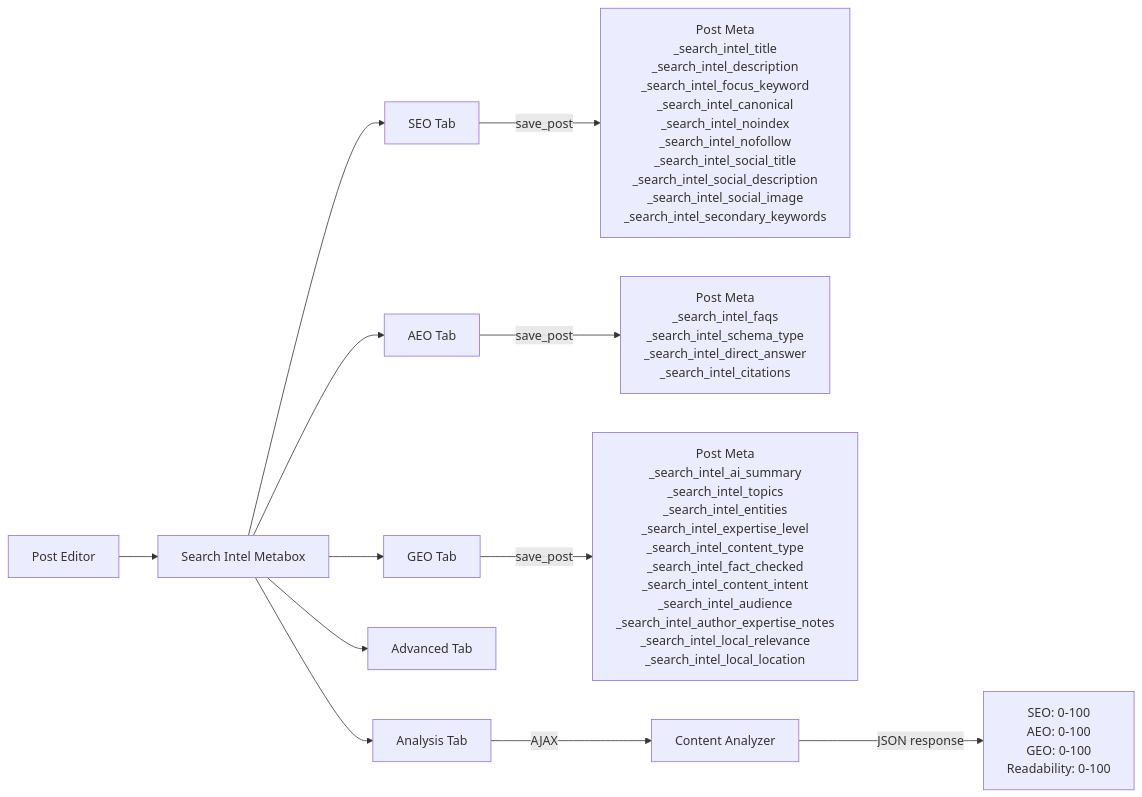
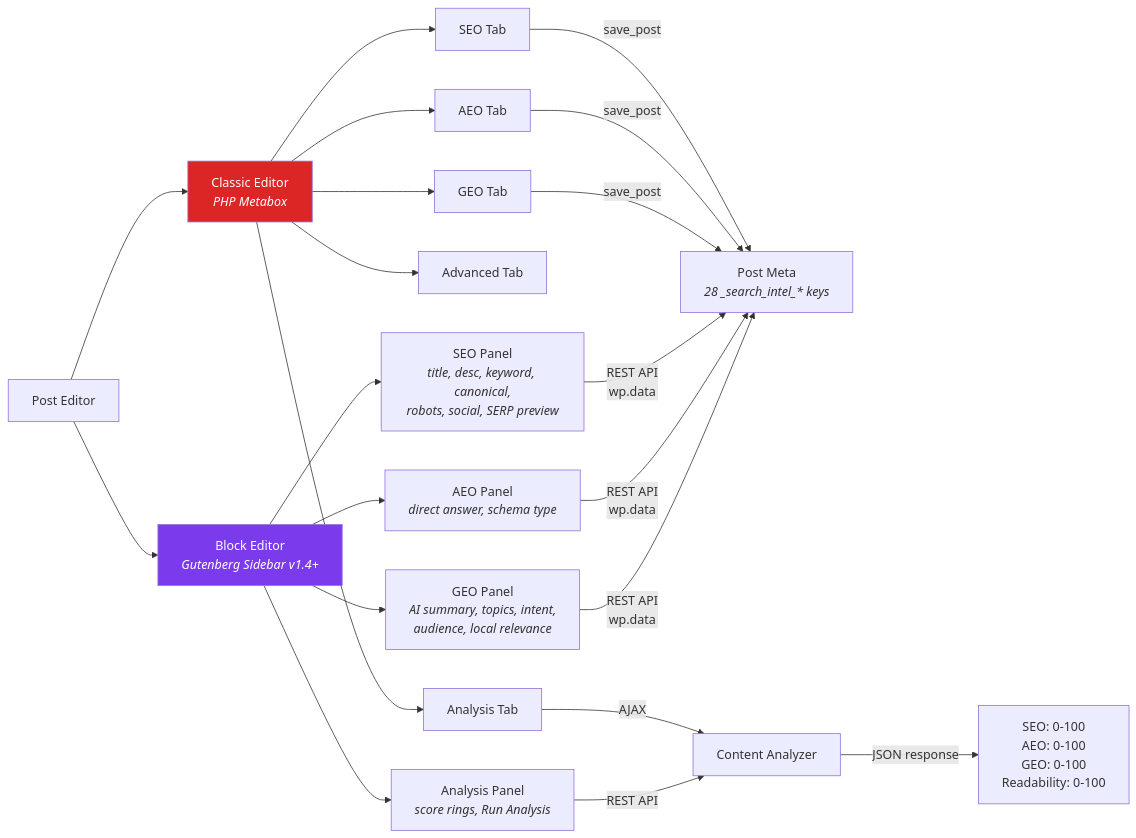
Before and after one commit to CptNope/JAT-Search-Intel: the fifth of 14 diagrams in README.md, drawn with Mermaid. The commit also changed other lines of this file and 2 other files, not shown here.

First line of the commit message:
docs+tests: update Mermaid diagrams for v1.4, add BlocksTest (31 tests)

````diff
--- a/README.md
+++ b/README.md
@@ -321,19 +378,32 @@
 ```mermaid
 flowchart LR
-    EDITOR["Post Editor"] --> METABOX["Search Intel Metabox"]
+    EDITOR["Post Editor"]
+    EDITOR --> CLASSIC["Classic Editor<br/><i>PHP Metabox</i>"]
+    EDITOR --> BLOCK["Block Editor<br/><i>Gutenberg Sidebar v1.4+</i>"]
 
-    METABOX --> TAB_SEO["SEO Tab"]
-    METABOX --> TAB_AEO["AEO Tab"]
-    METABOX --> TAB_GEO["GEO Tab"]
-    METABOX --> TAB_ADV["Advanced Tab"]
-    METABOX --> TAB_ANALYSIS["Analysis Tab"]
+    CLASSIC --> TAB_SEO["SEO Tab"]
+    CLASSIC --> TAB_AEO["AEO Tab"]
+    CLASSIC --> TAB_GEO["GEO Tab"]
+    CLASSIC --> TAB_ADV["Advanced Tab"]
+    CLASSIC --> TAB_ANALYSIS["Analysis Tab"]
 
-    TAB_SEO --> |"save_post"| PM_SEO["Post Meta<br/>_search_intel_title<br/>_search_intel_description<br/>_search_intel_focus_keyword<br/>_search_intel_canonical<br/>_search_intel_noindex<br/>_search_intel_nofollow<br/>_search_intel_social_title<br/>_search_intel_social_description<br/>_search_intel_social_image<br/>_search_intel_secondary_keywords"]
+    BLOCK --> SB_SEO["SEO Panel<br/><i>title, desc, keyword, canonical,<br/>robots, social, SERP preview</i>"]
+    BLOCK --> SB_AEO["AEO Panel<br/><i>direct answer, schema type</i>"]
+    BLOCK --> SB_GEO["GEO Panel<br/><i>AI summary, topics, intent,<br/>audience, local relevance</i>"]
+    BLOCK --> SB_SCORE["Analysis Panel<br/><i>score rings, Run Analysis</i>"]
 
-    TAB_AEO --> |"save_post"| PM_AEO["Post Meta<br/>_search_intel_faqs<br/>_search_intel_schema_type<br/>_search_intel_direct_answer<br/>_search_intel_citations"]
+    TAB_SEO --> |"save_post"| PM["Post Meta<br/><i>28 _search_intel_* keys</i>"]
+    TAB_AEO --> |"save_post"| PM
+    TAB_GEO --> |"save_post"| PM
 
-    TAB_GEO --> |"save_post"| PM_GEO["Post Meta<br/>_search_intel_ai_summary<br/>_search_intel_topics<br/>_search_intel_entities<br/>_search_intel_expertise_level<br/>_search_intel_content_type<br/>_search_intel_fact_checked<br/>_search_intel_content_intent<br/>_search_intel_audience<br/>_search_intel_author_expertise_notes<br/>_search_intel_local_relevance<br/>_search_intel_local_location"]
+    SB_SEO --> |"REST API<br/>wp.data"| PM
+    SB_AEO --> |"REST API<br/>wp.data"| PM
+    SB_GEO --> |"REST API<br/>wp.data"| PM
 
     TAB_ANALYSIS --> |"AJAX"| ANALYZER["Content Analyzer"]
+    SB_SCORE --> |"REST API"| ANALYZER
     ANALYZER --> |"JSON response"| SCORES["SEO: 0-100<br/>AEO: 0-100<br/>GEO: 0-100<br/>Readability: 0-100"]
+
+    style CLASSIC fill:#dc2626,color:#fff
+    style BLOCK fill:#7c3aed,color:#fff
 ```
````
